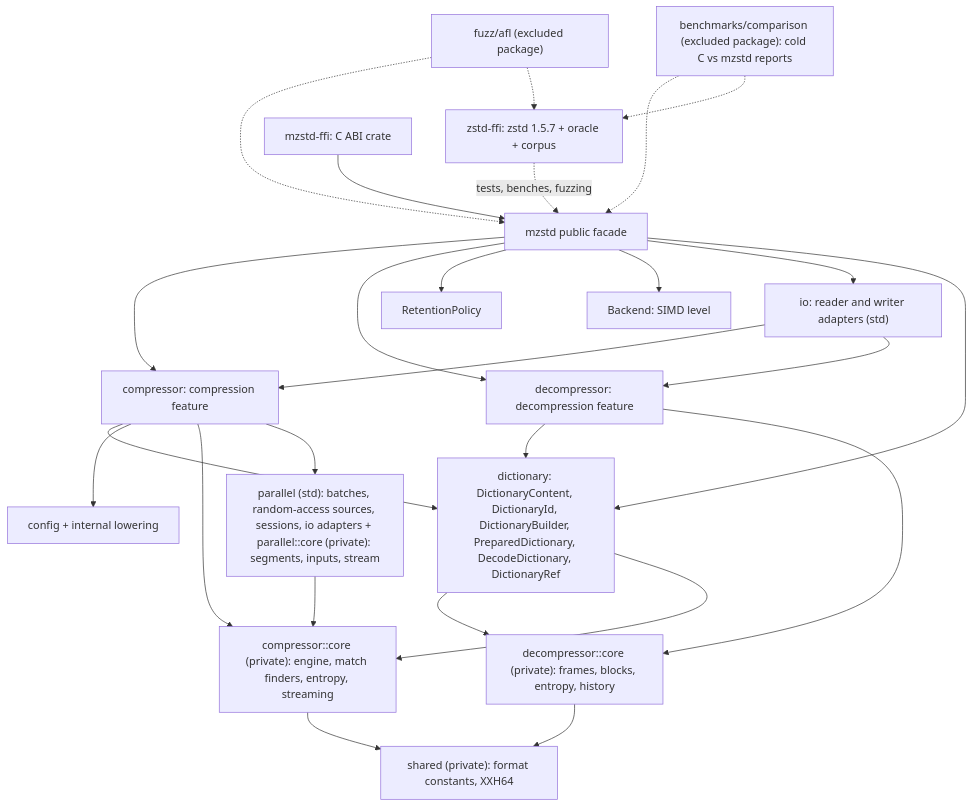
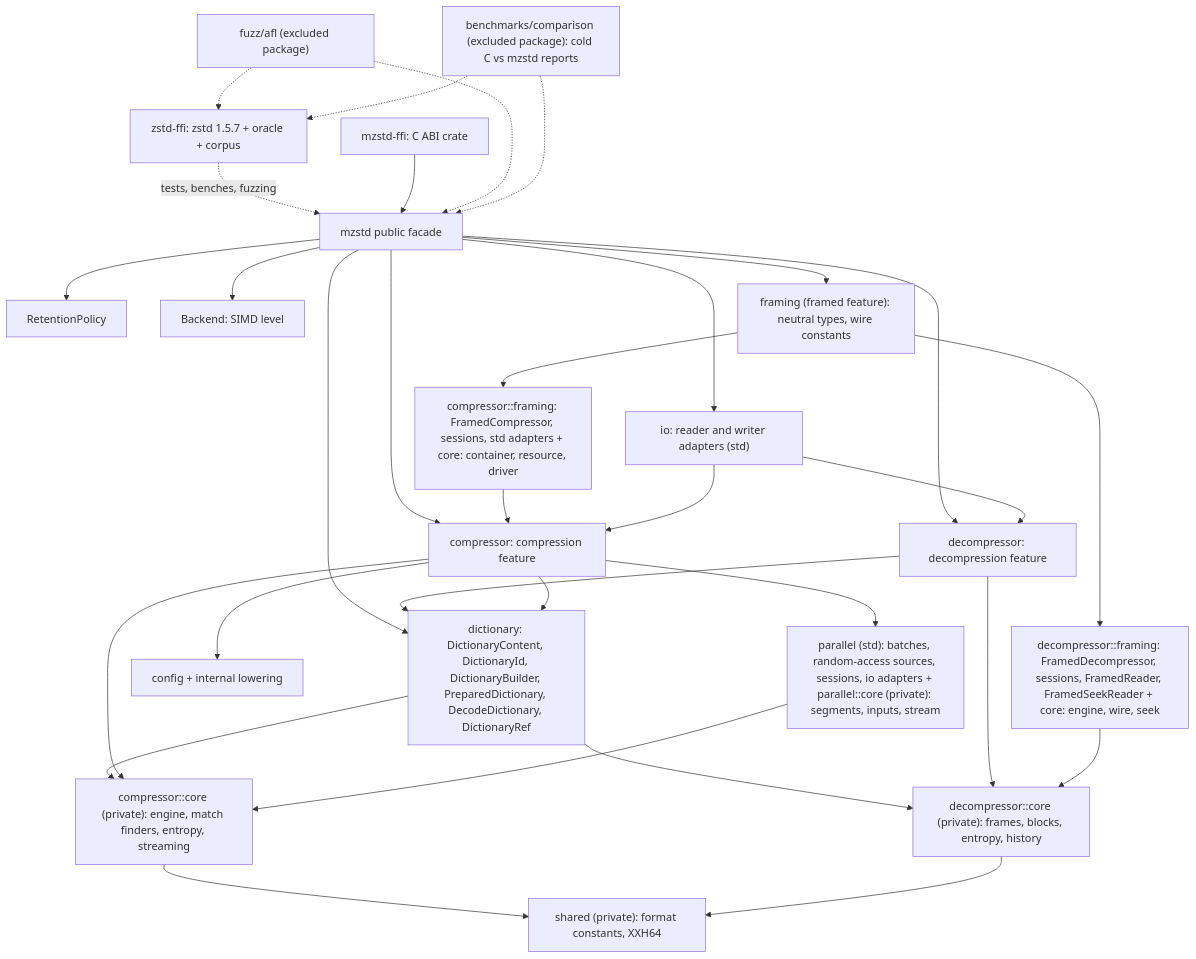
The diagram in architecture/README.md (M-Compressors/mzstd), drawn with Mermaid before and after one commit. The commit also changed other lines of this file and 94 other files, not shown here.

````diff
--- a/architecture/README.md
+++ b/architecture/README.md
@@ -11,28 +11,33 @@
 ```mermaid
 graph TD
     Root[mzstd public facade] --> Encode[compressor: compression feature]
     Root --> Decode[decompressor: decompression feature]
     Root --> Ret[RetentionPolicy]
     Root --> Back[Backend: SIMD level]
     Root --> IO["io: reader and writer adapters (std)"]
     Root --> Dict["dictionary: DictionaryContent, DictionaryId, DictionaryBuilder, PreparedDictionary, DecodeDictionary, DictionaryRef"]
     Decode --> Dict
     Encode --> Dict
     Dict --> DCore
     Dict --> ECore
     Encode --> Cfg[config + internal lowering]
     Encode --> ECore["compressor::core (private): engine, match finders, entropy, streaming"]
     Encode --> Par["parallel (std): batches, random-access sources, sessions, io adapters + parallel::core (private): segments, inputs, stream"]
     Par --> ECore
     Decode --> DCore["decompressor::core (private): frames, blocks, entropy, history"]
+    Root --> Framing["framing (framed feature): neutral types, wire constants"]
+    Framing --> FEnc["compressor::framing: FramedCompressor, sessions, std adapters + core: container, resource, driver"]
+    Framing --> FDec["decompressor::framing: FramedDecompressor, sessions, FramedReader, FramedSeekReader + core: engine, wire, seek"]
+    FEnc --> Encode
+    FDec --> DCore
     ECore --> Shared["shared (private): format constants, XXH64"]
     DCore --> Shared
     IO --> Encode
     IO --> Decode
     Ref["zstd-ffi: zstd 1.5.7 + oracle + corpus"] -. tests, benches, fuzzing .-> Root
     CABI["mzstd-ffi: C ABI crate"] --> Root
     Fuzz["fuzz/afl (excluded package)"] -.-> Root
     Fuzz -.-> Ref
     Cmp["benchmarks/comparison (excluded package): cold C vs mzstd reports"] -.-> Root
     Cmp -.-> Ref
 ```
````
